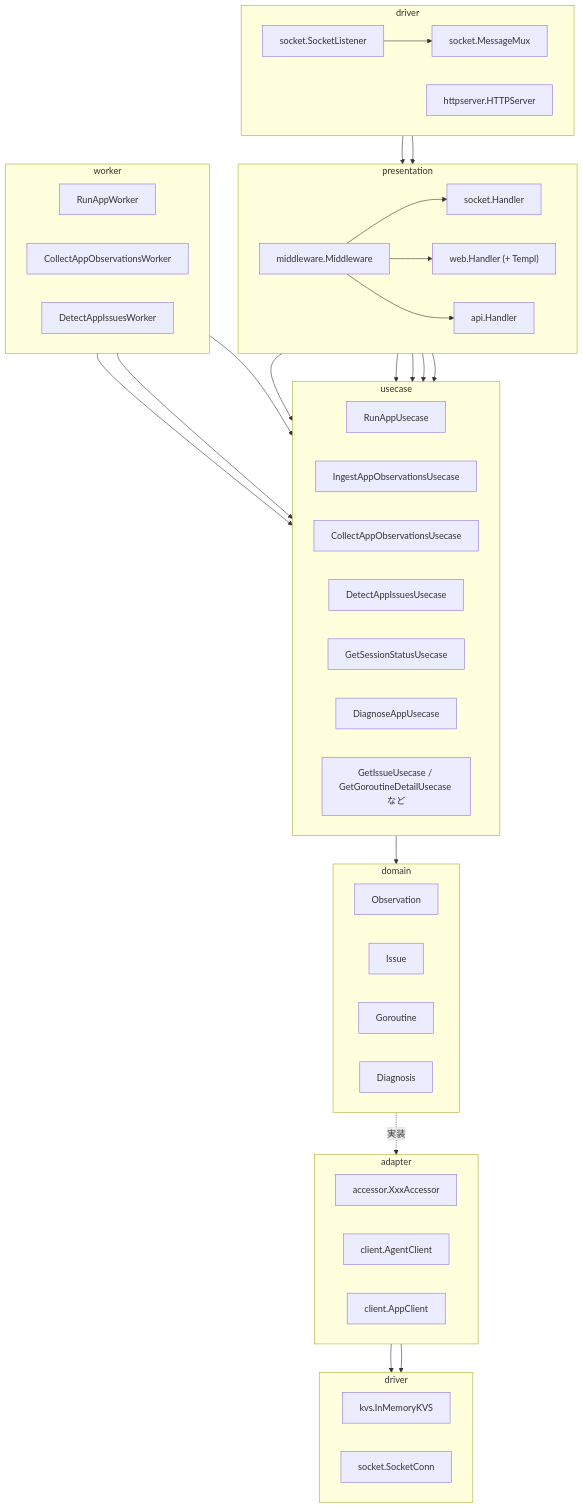
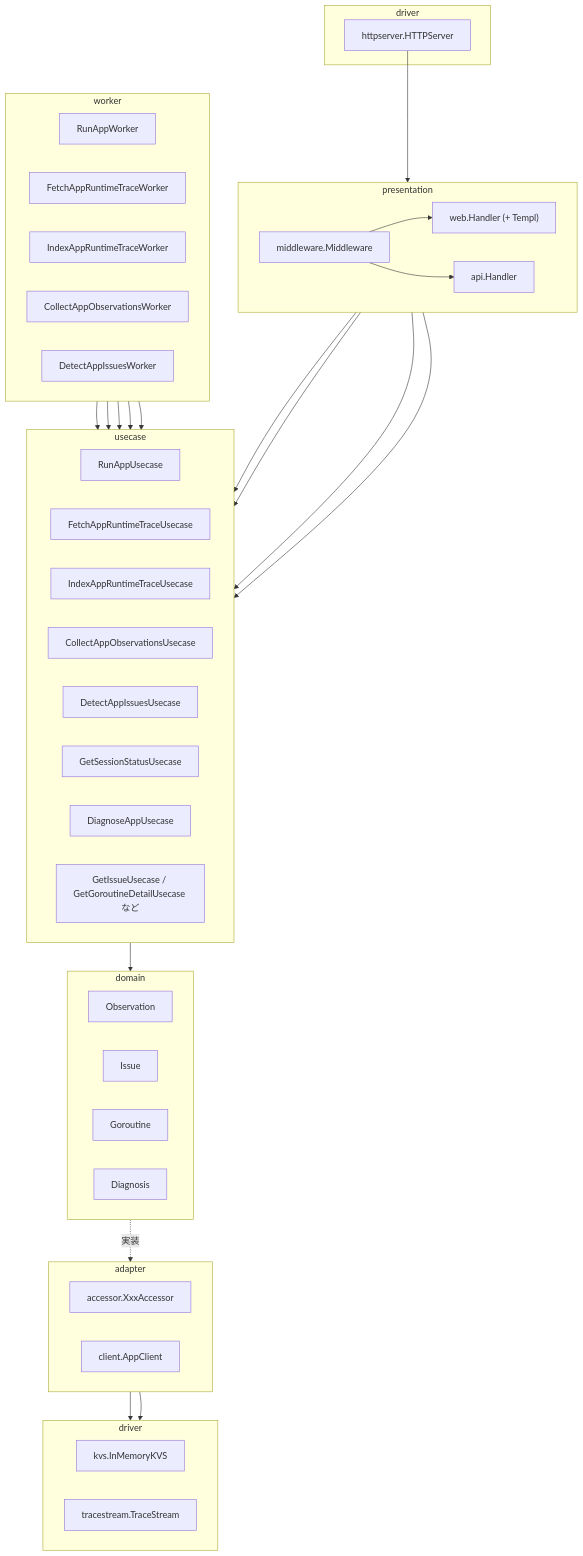
The third of 3 diagrams in docs/architecture.md (kakkky/gorviz), drawn with Mermaid before and after one commit. The commit also changed other lines of this file and 62 other files, not shown here.

````diff
--- a/docs/architecture.md
+++ b/docs/architecture.md
@@ -178,67 +88,65 @@
 ```mermaid
 flowchart TD
     subgraph driverIn["driver"]
-        direction LR
-        SocketListener["socket.SocketListener"]
-        MessageMux["socket.MessageMux"]
         HTTPServer["httpserver.HTTPServer"]
     end
     subgraph presentation["presentation"]
         direction LR
-        SocketHandler["socket.Handler"]
         Middleware["middleware.Middleware"]
         Handler["web.Handler (+ Templ)"]
         APIHandler["api.Handler"]
     end
     subgraph worker["worker"]
         direction LR
         RunAppWorker
+        FetchAppRuntimeTraceWorker
+        IndexAppRuntimeTraceWorker
         CollectAppObservationsWorker
         DetectAppIssuesWorker
     end
     subgraph usecase["usecase"]
         direction LR
         RunAppUsecase
-        IngestAppObservationsUsecase
+        FetchAppRuntimeTraceUsecase
+        IndexAppRuntimeTraceUsecase
         CollectAppObservationsUsecase
         DetectAppIssuesUsecase
         GetSessionStatusUsecase
         DiagnoseAppUsecase
         QueryUsecases["GetIssueUsecase / GetGoroutineDetailUsecase など"]
     end
     subgraph domain["domain"]
         direction LR
         Observation
         Issue
         Goroutine
         Diagnosis
     end
     subgraph adapter["adapter"]
         direction LR
         Accessor["accessor.XxxAccessor"]
-        AgentClient["client.AgentClient"]
         AppClient["client.AppClient"]
     end
     subgraph driverOut["driver"]
         direction LR
         InMemoryKVS["kvs.InMemoryKVS"]
-        SocketConn["socket.SocketConn"]
+        TraceStream["tracestream.TraceStream"]
     end
 
-    SocketListener --> MessageMux --> Middleware
-    Middleware --> SocketHandler --> IngestAppObservationsUsecase
     HTTPServer --> Middleware
     Middleware --> Handler
     Middleware --> APIHandler
     Handler --> QueryUsecases
     APIHandler --> GetSessionStatusUsecase
     APIHandler --> DiagnoseAppUsecase
     APIHandler --> QueryUsecases
     RunAppWorker --> RunAppUsecase
+    FetchAppRuntimeTraceWorker --> FetchAppRuntimeTraceUsecase
+    IndexAppRuntimeTraceWorker --> IndexAppRuntimeTraceUsecase
     CollectAppObservationsWorker --> CollectAppObservationsUsecase
     DetectAppIssuesWorker --> DetectAppIssuesUsecase
     usecase --> domain
     domain -. 実装 .-> adapter
     Accessor --> InMemoryKVS
-    AgentClient --> SocketConn
+    Accessor --> TraceStream
 ```
````
